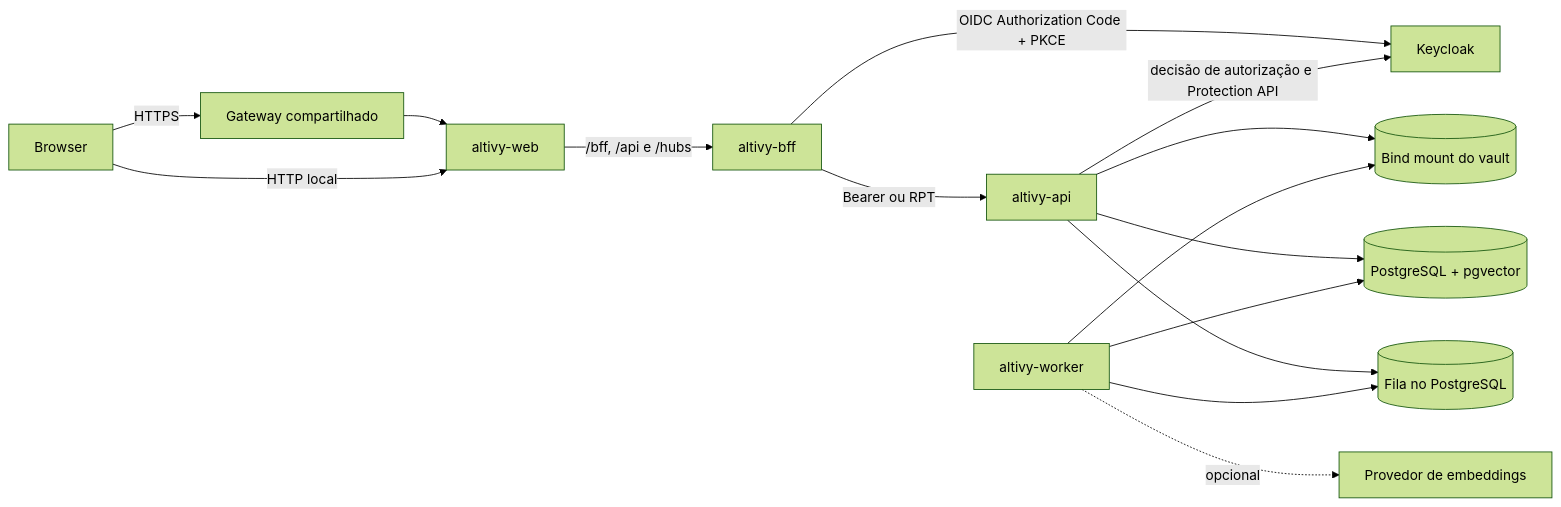
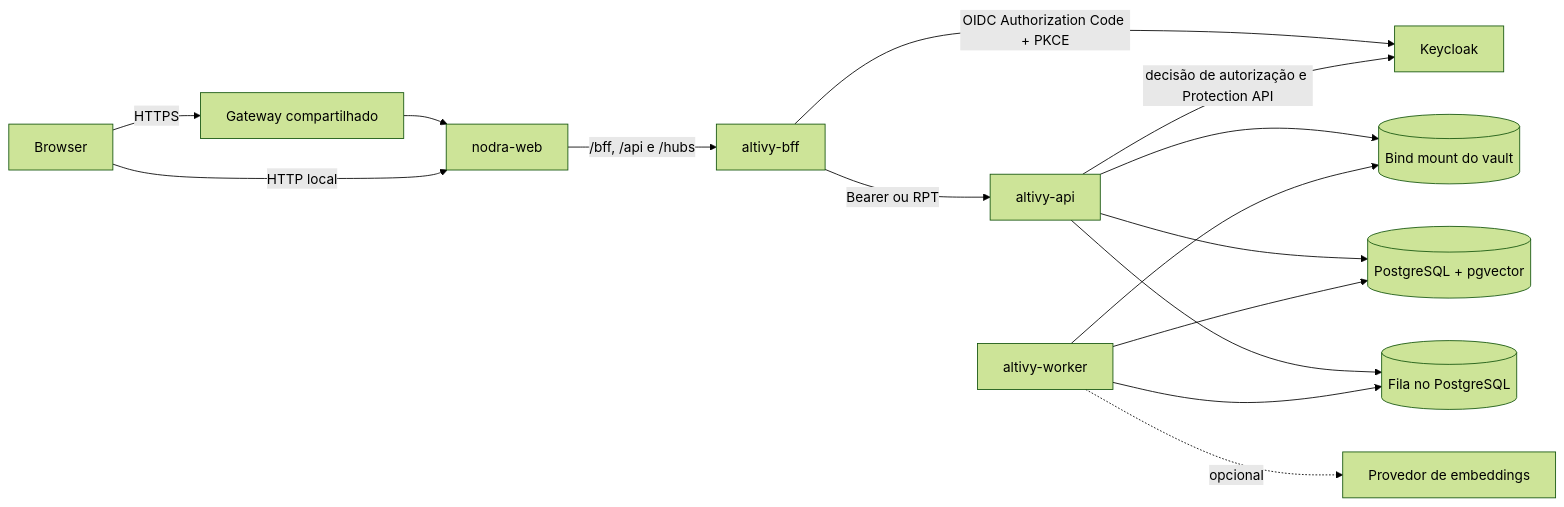
The diagram in docs/plano-mestre.md (altivy-it/nodra), drawn with Mermaid (forest theme) before and after one commit. The commit also changed other lines of this file and 451 other files, not shown here.

````diff
--- a/docs/plano-mestre.md
+++ b/docs/plano-mestre.md
@@ -120,17 +134,17 @@
 ```mermaid
 flowchart LR
     U[Browser] -->|HTTPS| P[Gateway compartilhado]
-    P --> W[altivy-web]
+    P --> W[nodra-web]
     U -->|HTTP local| W
     W -->|/bff, /api e /hubs| B[altivy-bff]
     B -->|OIDC Authorization Code + PKCE| KC[Keycloak]
     B -->|Bearer ou RPT| A[altivy-api]
     A -->|decisão de autorização e Protection API| KC
     A --> V[(Bind mount do vault)]
     A --> D[(PostgreSQL + pgvector)]
     A --> Q[(Fila no PostgreSQL)]
     R[altivy-worker] --> Q
     R --> V
     R --> D
     R -. opcional .-> E[Provedor de embeddings]
 ```
````
